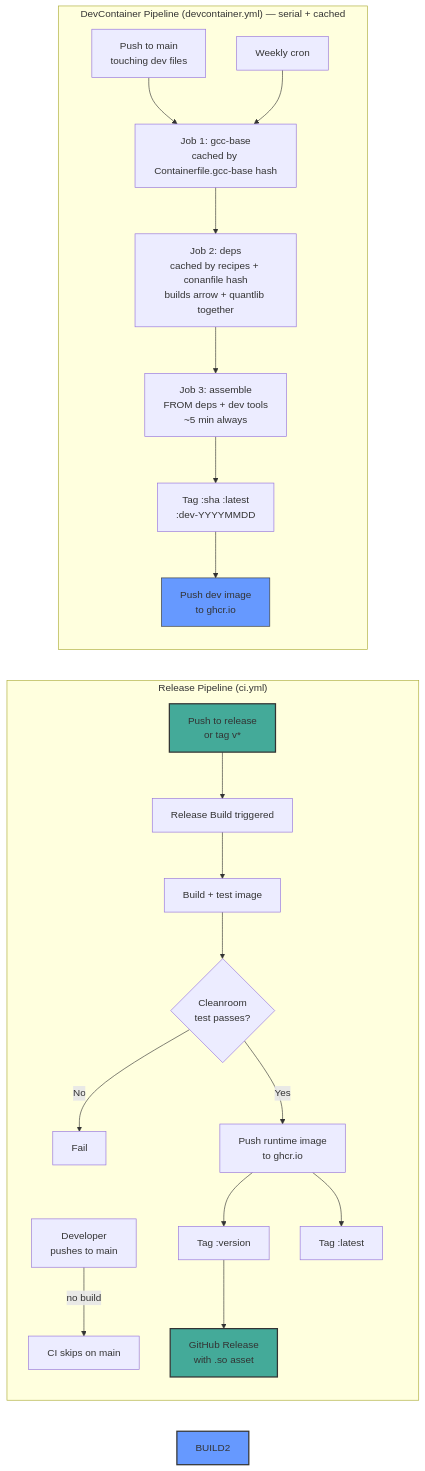
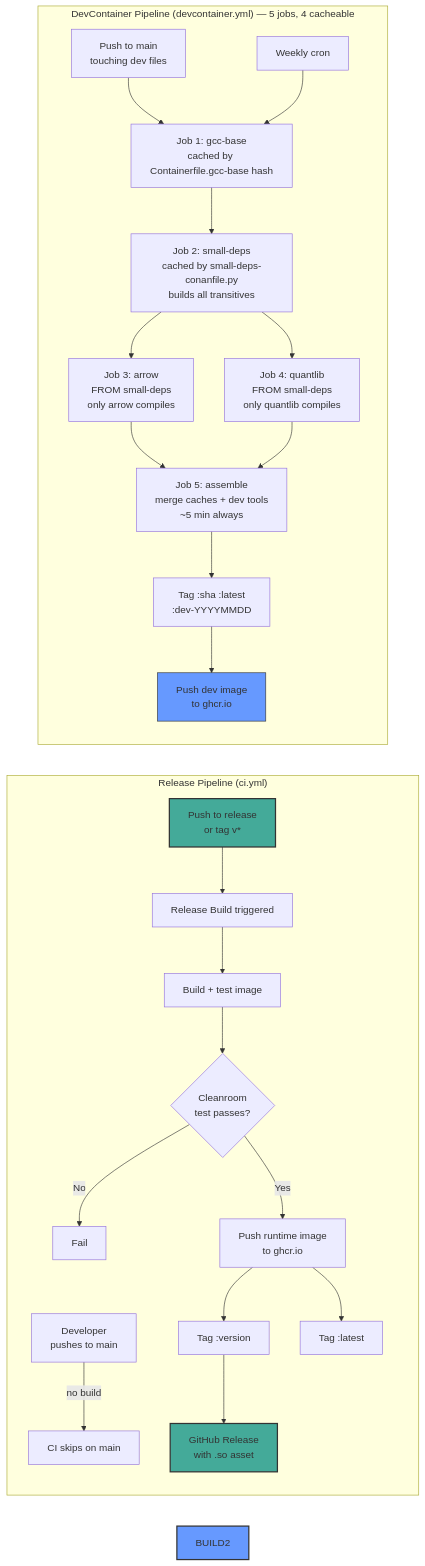
One commit to arekglinka/lambda_cpp26 changed the eighth of 8 diagrams in docs/architecture.md. Above: the diagram before and after it, drawn with Mermaid. The commit also changed other lines of this file and 3 other files, not shown here.

First line of the commit message:
docs: update all docs with the 5-job CI pipeline knowledge

````diff
--- a/docs/architecture.md
+++ b/docs/architecture.md
@@ -380,34 +419,37 @@
 ```mermaid
 graph LR
     subgraph "Release Pipeline (ci.yml)"
         DEV1[Developer<br/>pushes to main]
         REL[Push to release<br/>or tag v*]
         
         DEV1 -->|no build| SKIP[CI skips on main]
         REL --> TRIGGER[Release Build triggered]
         TRIGGER --> BUILD[Build + test image]
         BUILD --> CHECK{Cleanroom<br/>test passes?}
         CHECK -->|No| FAIL[Fail]
         CHECK -->|Yes| PUSH[Push runtime image<br/>to ghcr.io]
         PUSH --> TAG_VER[Tag :version]
         PUSH --> TAG_LATEST[Tag :latest]
         TAG_VER --> RELEASE[GitHub Release<br/>with .so asset]
     end
     
-    subgraph "DevContainer Pipeline (devcontainer.yml) — serial + cached"
+    subgraph "DevContainer Pipeline (devcontainer.yml) — 5 jobs, 4 cacheable"
         DEV2[Push to main<br/>touching dev files]
         CRON2[Weekly cron]
         
         DEV2 --> J1[Job 1: gcc-base<br/>cached by Containerfile.gcc-base hash]
         CRON2 --> J1
-        J1 --> J2[Job 2: deps<br/>cached by recipes + conanfile hash<br/>builds arrow + quantlib together]
-        J2 --> J3[Job 3: assemble<br/>FROM deps + dev tools<br/>~5 min always]
-        J3 --> DEVTAGS[Tag :sha :latest<br/>:dev-YYYYMMDD]
+        J1 --> J2[Job 2: small-deps<br/>cached by small-deps-conanfile.py<br/>builds all transitives]
+        J2 --> J3A[Job 3: arrow<br/>FROM small-deps<br/>only arrow compiles]
+        J2 --> J3B[Job 4: quantlib<br/>FROM small-deps<br/>only quantlib compiles]
+        J3A --> J4[Job 5: assemble<br/>merge caches + dev tools<br/>~5 min always]
+        J3B --> J4
+        J4 --> DEVTAGS[Tag :sha :latest<br/>:dev-YYYYMMDD]
         DEVTAGS --> DEVPUSH[Push dev image<br/>to ghcr.io]
     end
     
     style REL fill:#4a9,stroke:#333,stroke-width:2px
     style RELEASE fill:#4a9,stroke:#333,stroke-width:2px
     style BUILD2 fill:#69f,stroke:#333,stroke-width:2px
     style DEVPUSH fill:#69f,stroke:#333
 ```
````
